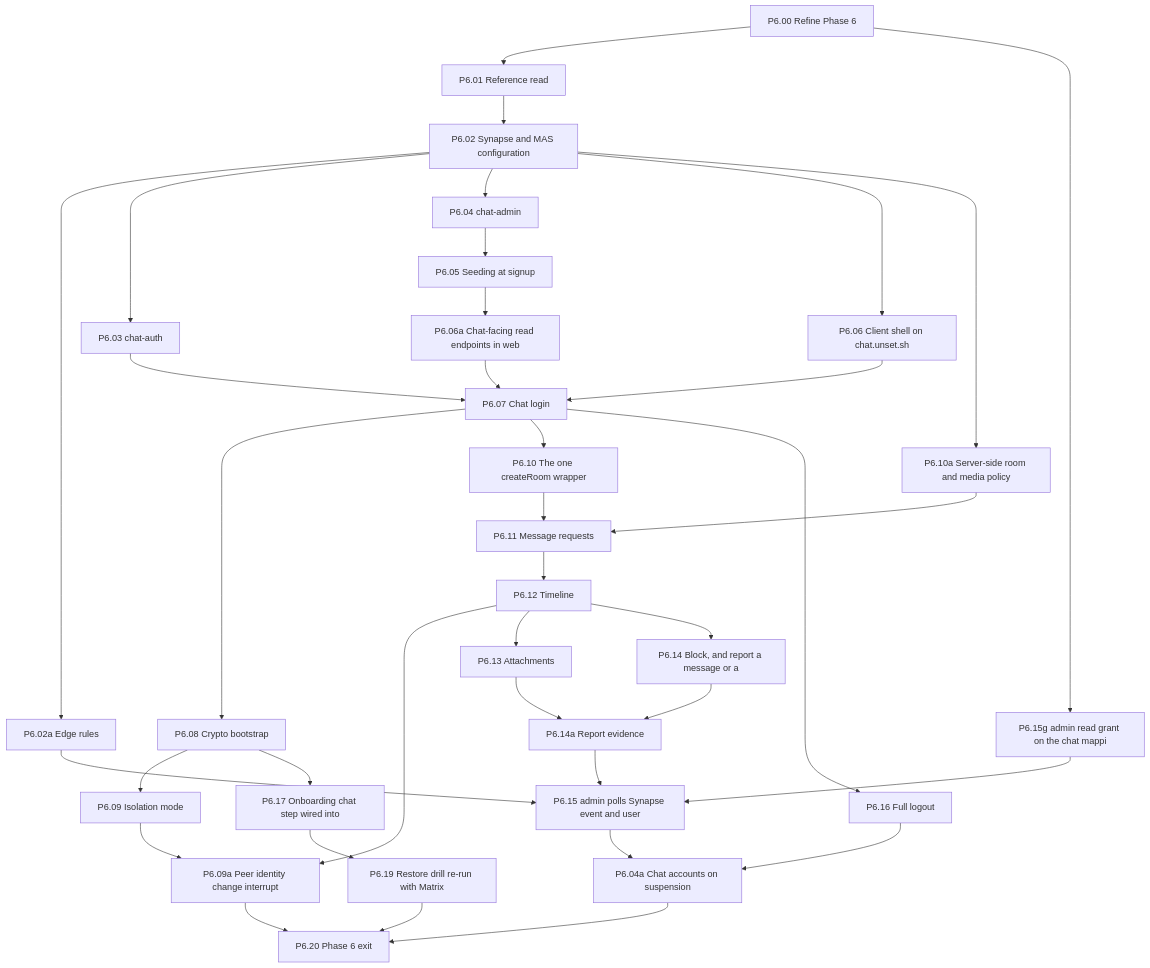
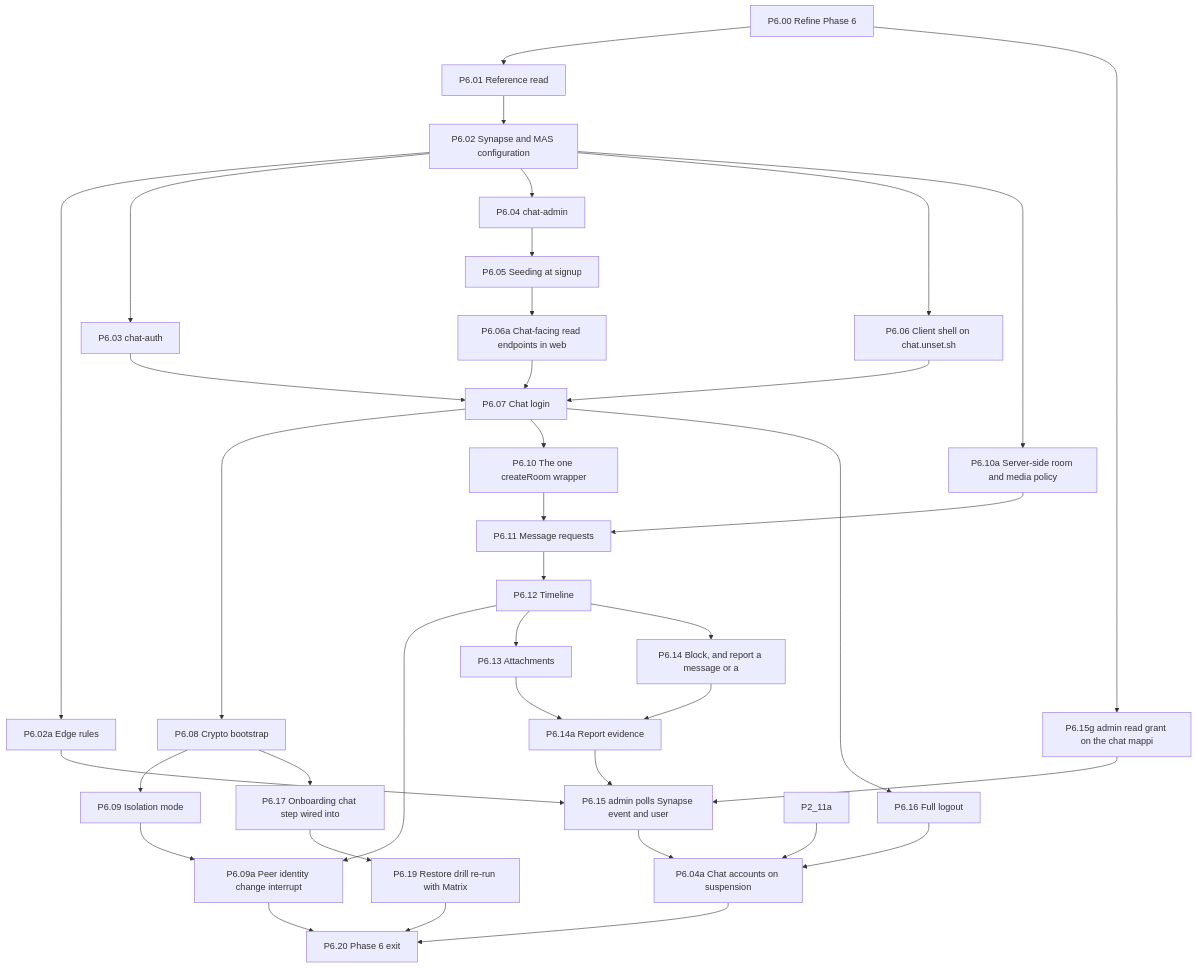
The ninth of 11 diagrams in docs/ai/book/01-outline.md (Undefined6799/unset), drawn with Mermaid before and after one commit. The commit also changed other lines of this file and 8 other files, not shown here.

````diff
--- a/docs/ai/book/01-outline.md
+++ b/docs/ai/book/01-outline.md
@@ -1963,66 +1993,67 @@
 ```mermaid
 flowchart TD
   P6_00["P6.00 Refine Phase 6"]
   P6_01["P6.01 Reference read"]
   P6_02["P6.02 Synapse and MAS configuration"]
   P6_02a["P6.02a Edge rules"]
   P6_03["P6.03 chat-auth"]
   P6_04["P6.04 chat-admin"]
   P6_05["P6.05 Seeding at signup"]
   P6_06["P6.06 Client shell on chat.unset.sh"]
   P6_06a["P6.06a Chat-facing read endpoints in web"]
   P6_07["P6.07 Chat login"]
   P6_08["P6.08 Crypto bootstrap"]
   P6_09["P6.09 Isolation mode"]
   P6_10["P6.10 The one createRoom wrapper"]
   P6_10a["P6.10a Server-side room and media policy"]
   P6_11["P6.11 Message requests"]
   P6_12["P6.12 Timeline"]
   P6_09a["P6.09a Peer identity change interrupt"]
   P6_13["P6.13 Attachments"]
   P6_14["P6.14 Block, and report a message or a"]
   P6_14a["P6.14a Report evidence"]
   P6_15["P6.15 admin polls Synapse event and user"]
   P6_15g["P6.15g admin read grant on the chat mappi"]
   P6_16["P6.16 Full logout"]
   P6_04a["P6.04a Chat accounts on suspension"]
   P6_17["P6.17 Onboarding chat step wired into"]
   P6_19["P6.19 Restore drill re-run with Matrix"]
   P6_20["P6.20 Phase 6 exit"]
   P6_00 --> P6_01
   P6_01 --> P6_02
   P6_02 --> P6_02a
   P6_02 --> P6_03
   P6_02 --> P6_04
   P6_04 --> P6_05
   P6_02 --> P6_06
   P6_05 --> P6_06a
   P6_03 --> P6_07
   P6_06 --> P6_07
   P6_06a --> P6_07
   P6_07 --> P6_08
   P6_08 --> P6_09
   P6_07 --> P6_10
   P6_02 --> P6_10a
   P6_10 --> P6_11
   P6_10a --> P6_11
   P6_11 --> P6_12
   P6_09 --> P6_09a
   P6_12 --> P6_09a
   P6_12 --> P6_13
   P6_12 --> P6_14
   P6_13 --> P6_14a
   P6_14 --> P6_14a
   P6_02a --> P6_15
   P6_14a --> P6_15
   P6_07 --> P6_16
   P6_15 --> P6_04a
   P6_16 --> P6_04a
+  P2_11a --> P6_04a
   P6_08 --> P6_17
   P6_17 --> P6_19
   P6_09a --> P6_20
   P6_04a --> P6_20
   P6_19 --> P6_20
   P6_00 --> P6_15g
   P6_15g --> P6_15
 ```
````
